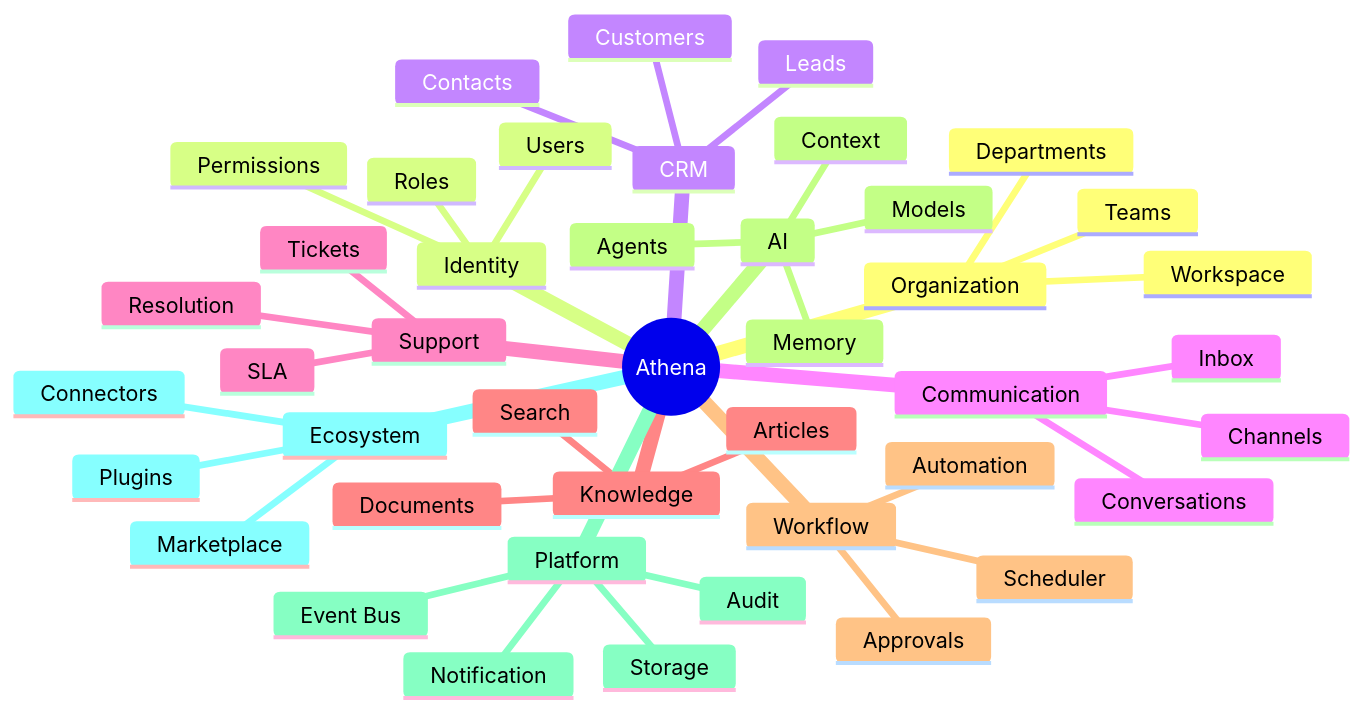
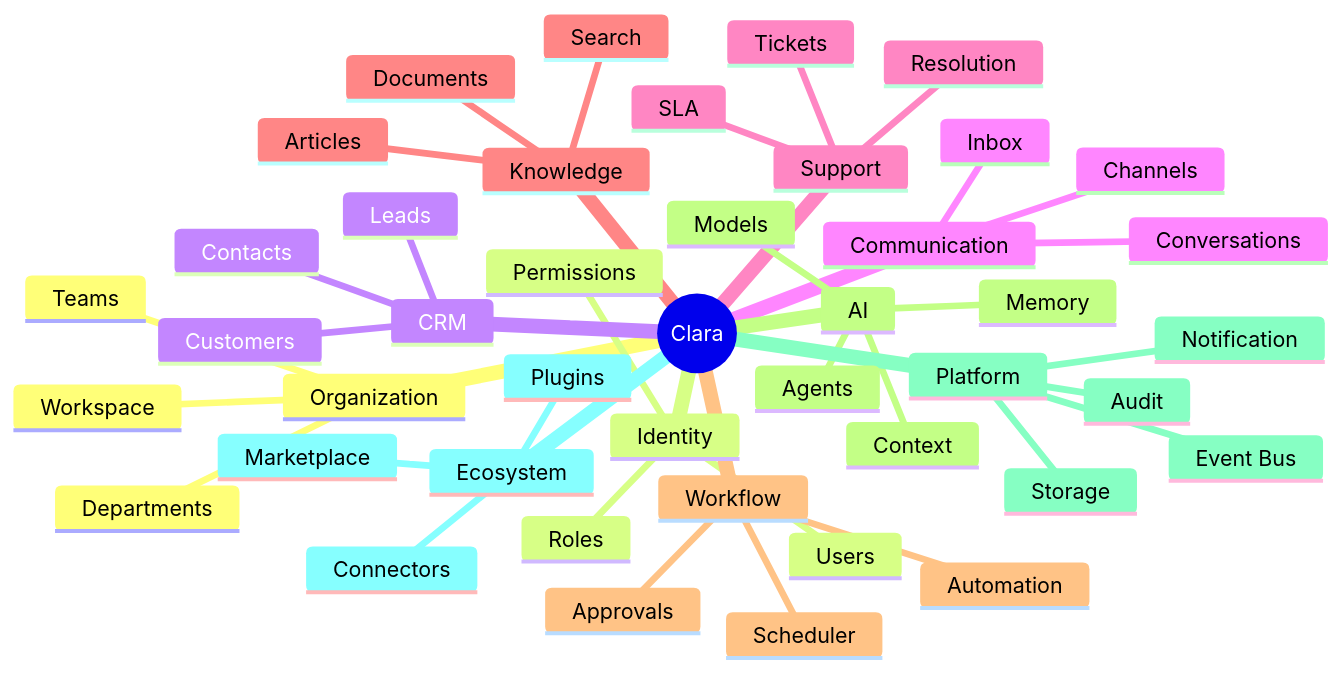
Before and after one commit to VaxXinE/CLARA: the diagram in docs/BOOK-02-Master-Blueprint/PART-01-Platform-Vision/06-Business-Capability-Map.md, drawn with Mermaid. The commit also changed other lines of this file and 529 other files, not shown here.

````diff
--- a/docs/BOOK-02-Master-Blueprint/PART-01-Platform-Vision/06-Business-Capability-Map.md
+++ b/docs/BOOK-02-Master-Blueprint/PART-01-Platform-Vision/06-Business-Capability-Map.md
@@ -53,46 +53,46 @@
 ```mermaid
 mindmap
-  root((Athena))
+  root((Clara))
     Organization
       Workspace
       Teams
       Departments
     Identity
       Users
       Roles
       Permissions
     CRM
       Customers
       Leads
       Contacts
     Communication
       Conversations
       Inbox
       Channels
     Support
       Tickets
       SLA
       Resolution
     Knowledge
       Articles
       Documents
       Search
     Workflow
       Automation
       Approvals
       Scheduler
     AI
       Agents
       Context
       Memory
       Models
     Platform
       Audit
       Notification
       Storage
       Event Bus
     Ecosystem
       Plugins
       Connectors
       Marketplace
 ```
````
